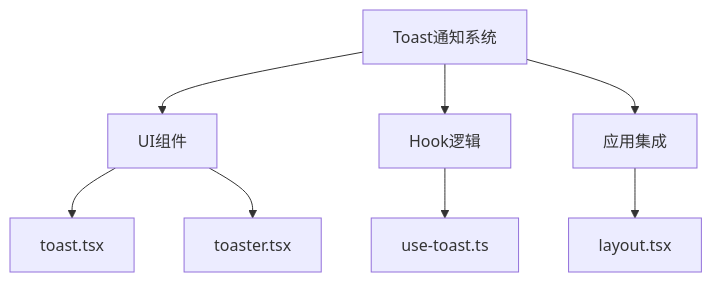
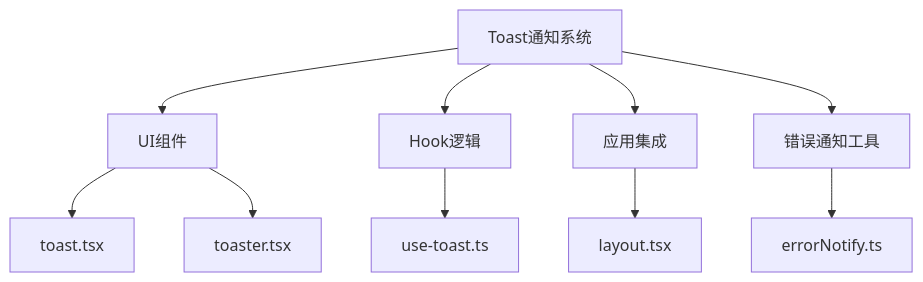
Before and after one commit to JasperLin2333/Flash-Flow: the first of 6 diagrams in .qoder/repowiki/zh/content/路由与导航结构/构建器路由/现有流程加载/加载错误处理与用户反馈机制/Toast通知系统.md, drawn with Mermaid. The commit also changed other lines of this file and 12 other files, not shown here.

````diff
--- a/.qoder/repowiki/zh/content/路由与导航结构/构建器路由/现有流程加载/加载错误处理与用户反馈机制/Toast通知系统.md
+++ b/.qoder/repowiki/zh/content/路由与导航结构/构建器路由/现有流程加载/加载错误处理与用户反馈机制/Toast通知系统.md
@@ -28,10 +42,12 @@
 ```mermaid
 graph TD
 A[Toast通知系统] --> B[UI组件]
 A --> C[Hook逻辑]
 A --> D[应用集成]
-B --> E[toast.tsx]
-B --> F[toaster.tsx]
-C --> G[use-toast.ts]
-D --> H[layout.tsx]
+A --> E[错误通知工具]
+B --> F[toast.tsx]
+B --> G[toaster.tsx]
+C --> H[use-toast.ts]
+D --> I[layout.tsx]
+E --> J[errorNotify.ts]
 ```
````
